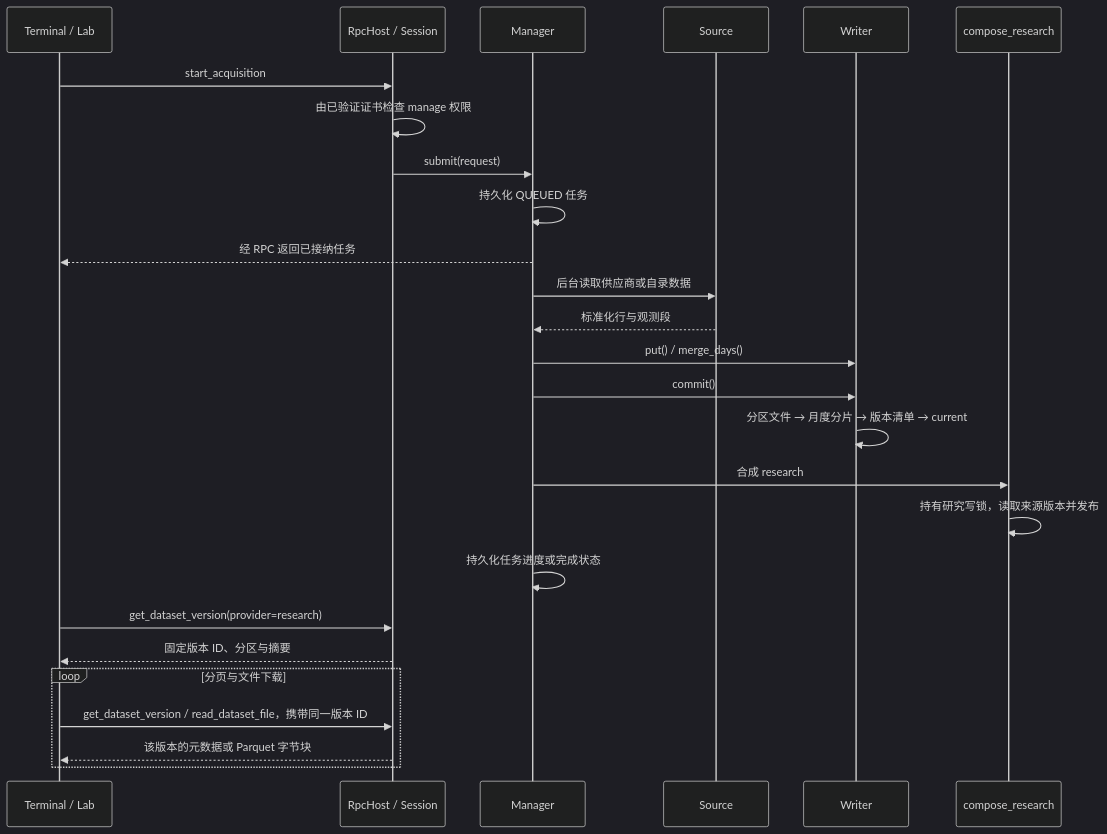
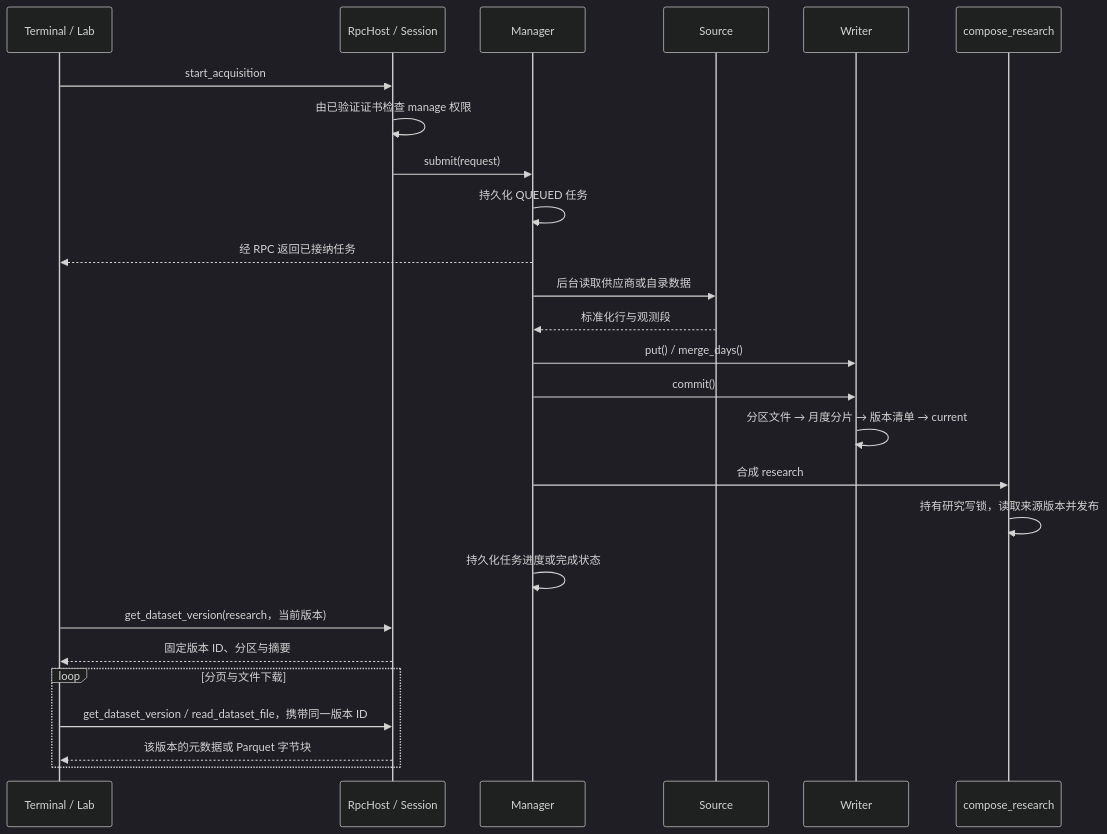
Before and after one commit to isqiwen/asterion-terminal: the fifth of 5 diagrams in docs/market-design.md, drawn with Mermaid (dark theme). The commit also changed other lines of this file and 99 other files, not shown here.

````diff
--- a/docs/market-design.md
+++ b/docs/market-design.md
@@ -162,28 +162,28 @@
 ```mermaid
 sequenceDiagram
     participant Client as Terminal / Lab
     participant RPC as RpcHost / Session
     participant Manager
     participant Source
     participant Writer
     participant Research as compose_research
     Client->>RPC: start_acquisition
     RPC->>RPC: 由已验证证书检查 manage 权限
     RPC->>Manager: submit(request)
     Manager->>Manager: 持久化 QUEUED 任务
     Manager-->>Client: 经 RPC 返回已接纳任务
     Manager->>Source: 后台读取供应商或自录数据
     Source-->>Manager: 标准化行与观测段
     Manager->>Writer: put() / merge_days()
     Manager->>Writer: commit()
     Writer->>Writer: 分区文件 → 月度分片 → 版本清单 → current
     Manager->>Research: 合成 research
     Research->>Research: 持有研究写锁，读取来源版本并发布
     Manager->>Manager: 持久化任务进度或完成状态
-    Client->>RPC: get_dataset_version(provider=research)
+    Client->>RPC: get_dataset_version(research，当前版本)
     RPC-->>Client: 固定版本 ID、分区与摘要
     loop 分页与文件下载
         Client->>RPC: get_dataset_version / read_dataset_file，携带同一版本 ID
         RPC-->>Client: 该版本的元数据或 Parquet 字节块
     end
 ```
````
